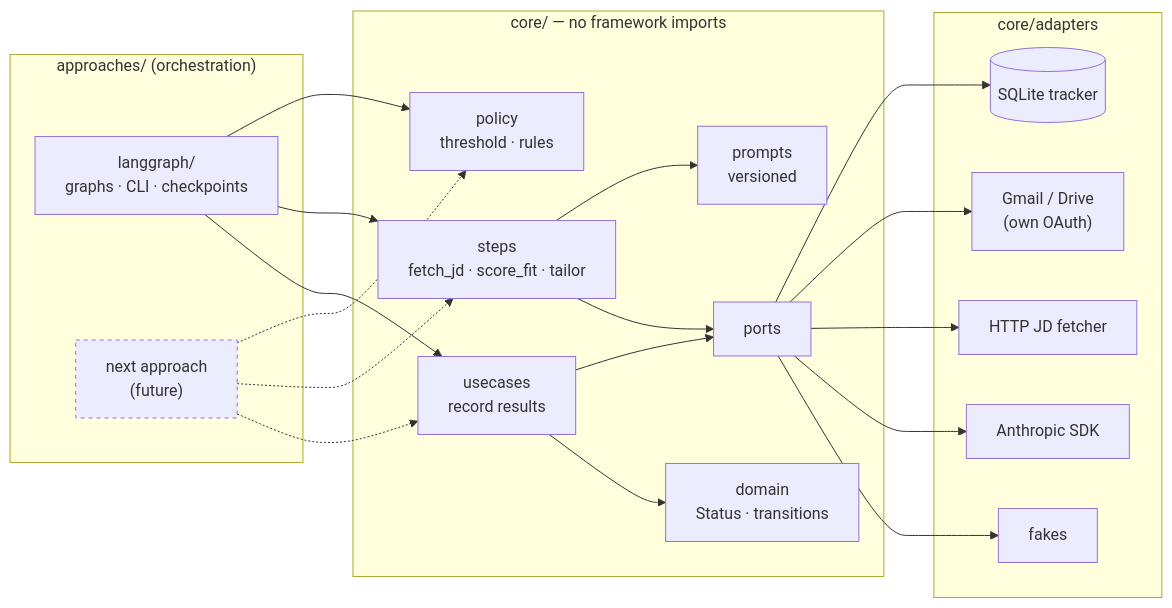
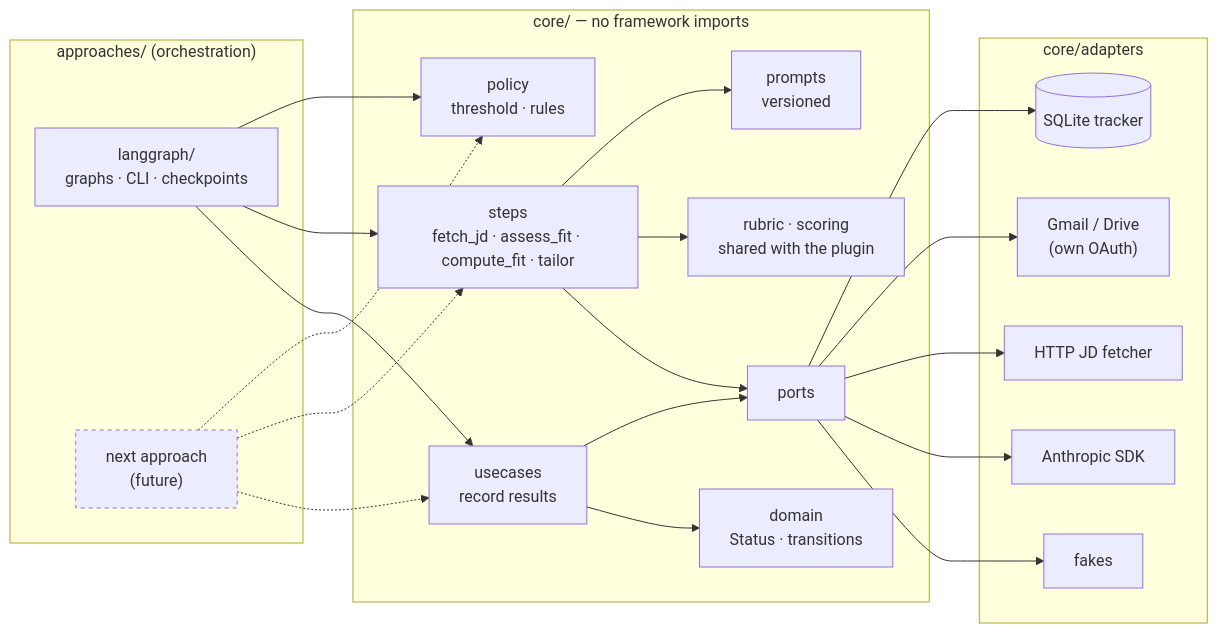
One commit to esscott1/job-search-assistant changed the first of 2 diagrams in orchestration/job-search/README.md. Above: the diagram before and after it, drawn with Mermaid. The commit also changed other lines of this file and 29 other files, not shown here.

First line of the commit message:
LangGraph scores through the shared rubric (roadmap milestone 3)

````diff
--- a/orchestration/job-search/README.md
+++ b/orchestration/job-search/README.md
@@ -20,29 +20,30 @@
 ```mermaid
 flowchart LR
     subgraph approaches["approaches/ (orchestration)"]
         LG["langgraph/<br/>graphs · CLI · checkpoints"]
         NEXT["next approach<br/>(future)"]:::future
     end
     subgraph core["core/ — no framework imports"]
         P["policy<br/>threshold · rules"]
-        S["steps<br/>fetch_jd · score_fit · tailor"]
+        S["steps<br/>fetch_jd · assess_fit · compute_fit · tailor"]
+        RB["rubric · scoring<br/>shared with the plugin"]
         U["usecases<br/>record results"]
         D["domain<br/>Status · transitions"]
         PR["prompts<br/>versioned"]
         PORTS["ports"]
     end
     subgraph adapters["core/adapters"]
         T[("SQLite tracker")]
         G["Gmail / Drive<br/>(own OAuth)"]
         H["HTTP JD fetcher"]
         A["Anthropic SDK"]
         F["fakes"]
     end
     LG --> P & S & U
     NEXT -.-> P & S & U
-    S --> PR
+    S --> PR & RB
     S & U --> PORTS
     U --> D
     PORTS --> T & G & H & A & F
     classDef future stroke-dasharray: 4 4
 ```
````
